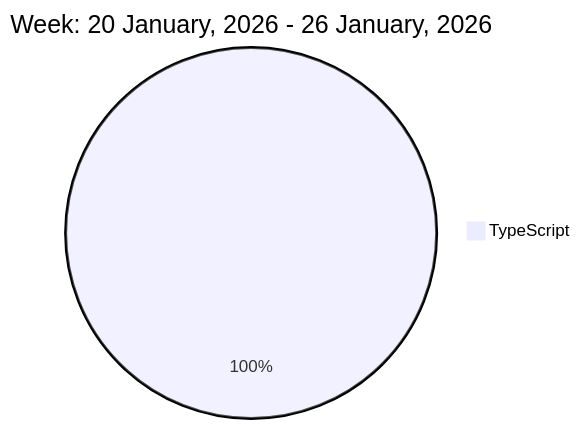
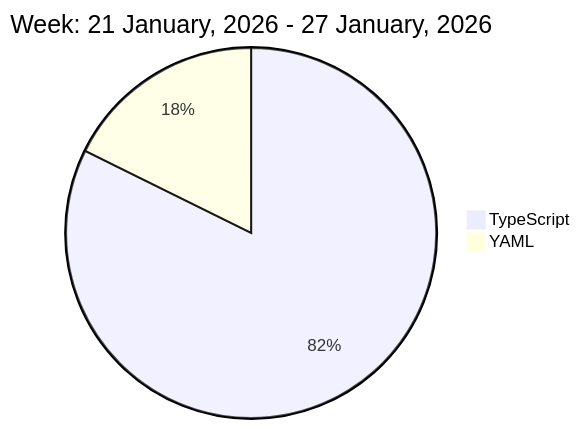
Before and after one commit to liubin95/liubin95: the diagram in README.md, drawn with Mermaid.

Commit message:
Updated the Graph with new Metrics

````diff
--- a/README.md
+++ b/README.md
@@ -37,5 +37,6 @@
 ```mermaid
  pie
-title Week: 20 January, 2026 - 26 January, 2026
- "TypeScript" : 11.88
+title Week: 21 January, 2026 - 27 January, 2026
+ "TypeScript" : 11.03
+ "YAML" : 2.37
 ```
````
